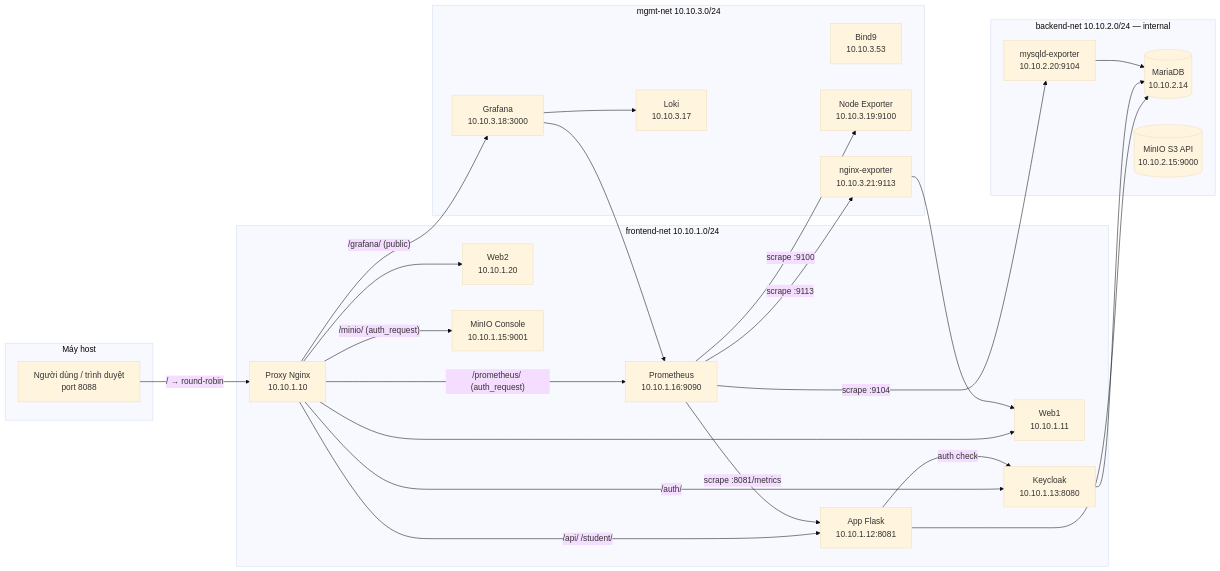
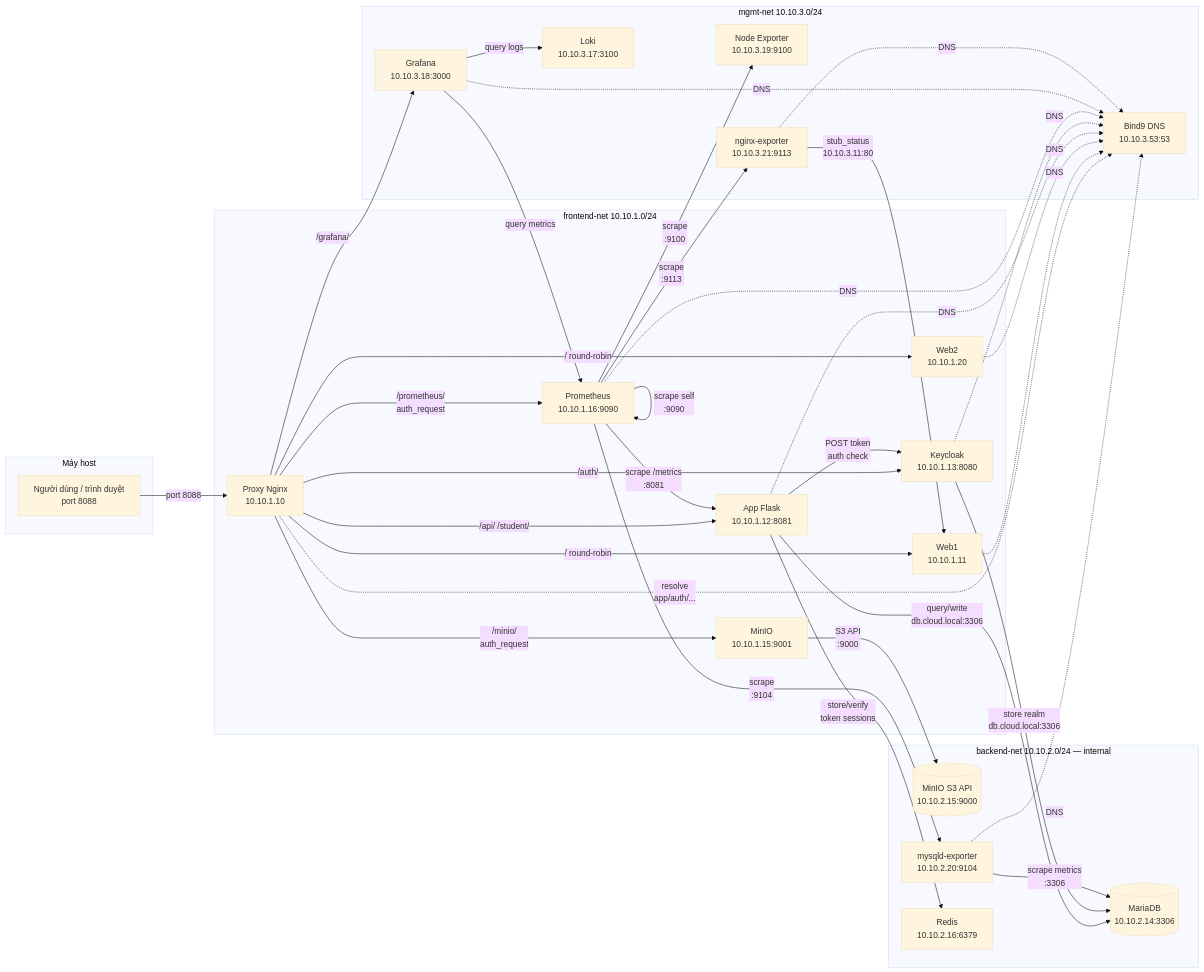
The diagram in MiniCloud/README.md (PoeenCy/Cloud-Computing), drawn with Mermaid (base theme) before and after one commit.

Commit message:
docs: fix flowchart - add all connections including MinIO S3, Redis, Loki, DNS arrows

````diff
--- a/MiniCloud/README.md
+++ b/MiniCloud/README.md
@@ -29,53 +29,69 @@
 ```mermaid
 flowchart LR
   subgraph host["Máy host"]
-    U[Người dùng / trình duyệt\nport 8088]
+    U["Người dùng / trình duyệt\nport 8088"]
   end
 
   subgraph fe["frontend-net 10.10.1.0/24"]
     P["Proxy Nginx\n10.10.1.10"]
     W1["Web1\n10.10.1.11"]
     W2["Web2\n10.10.1.20"]
     A["App Flask\n10.10.1.12:8081"]
     K["Keycloak\n10.10.1.13:8080"]
     PR["Prometheus\n10.10.1.16:9090"]
-    MI["MinIO Console\n10.10.1.15:9001"]
+    MI["MinIO\n10.10.1.15:9001"]
   end
 
   subgraph be["backend-net 10.10.2.0/24 — internal"]
-    D[("MariaDB\n10.10.2.14")]
+    D[("MariaDB\n10.10.2.14:3306")]
     S[("MinIO S3 API\n10.10.2.15:9000")]
     ME["mysqld-exporter\n10.10.2.20:9104"]
+    RD["Redis\n10.10.2.16:6379"]
   end
 
   subgraph mgmt["mgmt-net 10.10.3.0/24"]
-    DNS["Bind9\n10.10.3.53"]
+    DNS["Bind9 DNS\n10.10.3.53:53"]
     GF["Grafana\n10.10.3.18:3000"]
     NE["Node Exporter\n10.10.3.19:9100"]
     WE["nginx-exporter\n10.10.3.21:9113"]
-    LO["Loki\n10.10.3.17"]
+    LO["Loki\n10.10.3.17:3100"]
   end
 
-  U -->|"/ → round-robin"| P
-  P --> W1
-  P --> W2
+  U -->|"port 8088"| P
+
+  P -->|"/ round-robin"| W1
+  P -->|"/ round-robin"| W2
   P -->|"/api/ /student/"| A
   P -->|"/auth/"| K
-  P -->|"/grafana/ (public)"| GF
-  P -->|"/prometheus/ (auth_request)"| PR
-  P -->|"/minio/ (auth_request)"| MI
+  P -->|"/grafana/"| GF
+  P -->|"/prometheus/\nauth_request"| PR
+  P -->|"/minio/\nauth_request"| MI
 
-  A -->|auth check| K
-  A --> D
-  K --> D
+  A -->|"POST token\nauth check"| K
+  A -->|"query/write\ndb.cloud.local:3306"| D
+  A -->|"store/verify\ntoken sessions"| RD
+  K -->|"store realm\ndb.cloud.local:3306"| D
+  MI -->|"S3 API\n:9000"| S
 
-  PR -->|scrape :8081/metrics| A
-  PR -->|scrape :9104| ME
-  PR -->|scrape :9113| WE
-  PR -->|scrape :9100| NE
-  ME --> D
-  WE --> W1
+  ME -->|"scrape metrics\n:3306"| D
+  WE -->|"stub_status\n10.10.3.11:80"| W1
 
-  GF --> PR
-  GF --> LO
+  PR -->|"scrape /metrics\n:8081"| A
+  PR -->|"scrape\n:9104"| ME
+  PR -->|"scrape\n:9113"| WE
+  PR -->|"scrape\n:9100"| NE
+  PR -->|"scrape self\n:9090"| PR
+
+  GF -->|"query metrics"| PR
+  GF -->|"query logs"| LO
+
+  P -.->|"resolve\napp/auth/..."| DNS
+  W1 -.->|"DNS"| DNS
+  W2 -.->|"DNS"| DNS
+  A -.->|"DNS"| DNS
+  K -.->|"DNS"| DNS
+  PR -.->|"DNS"| DNS
+  GF -.->|"DNS"| DNS
+  ME -.->|"DNS"| DNS
+  WE -.->|"DNS"| DNS
 ```
````
